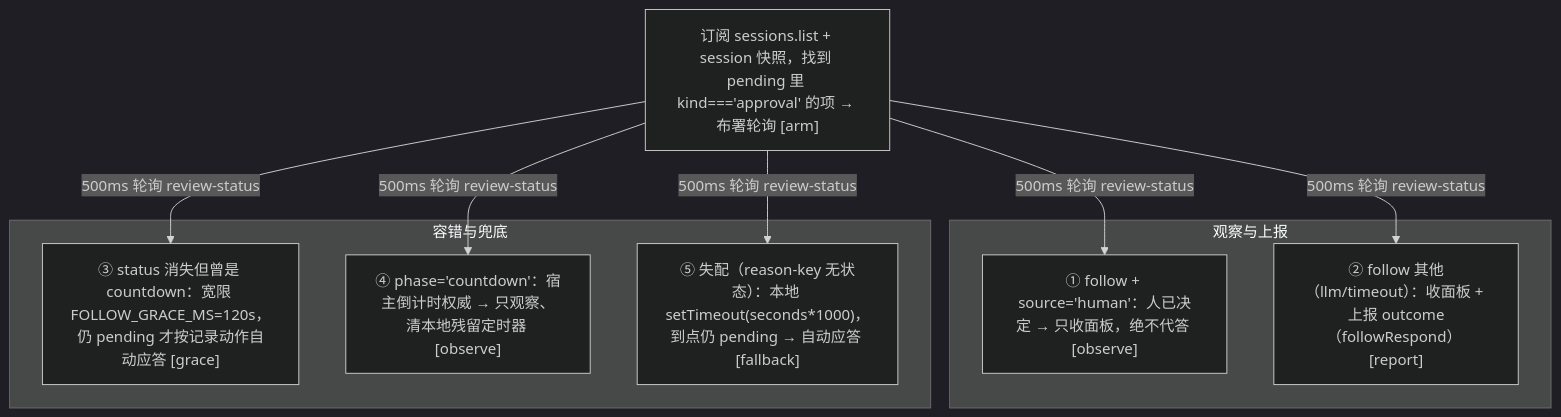
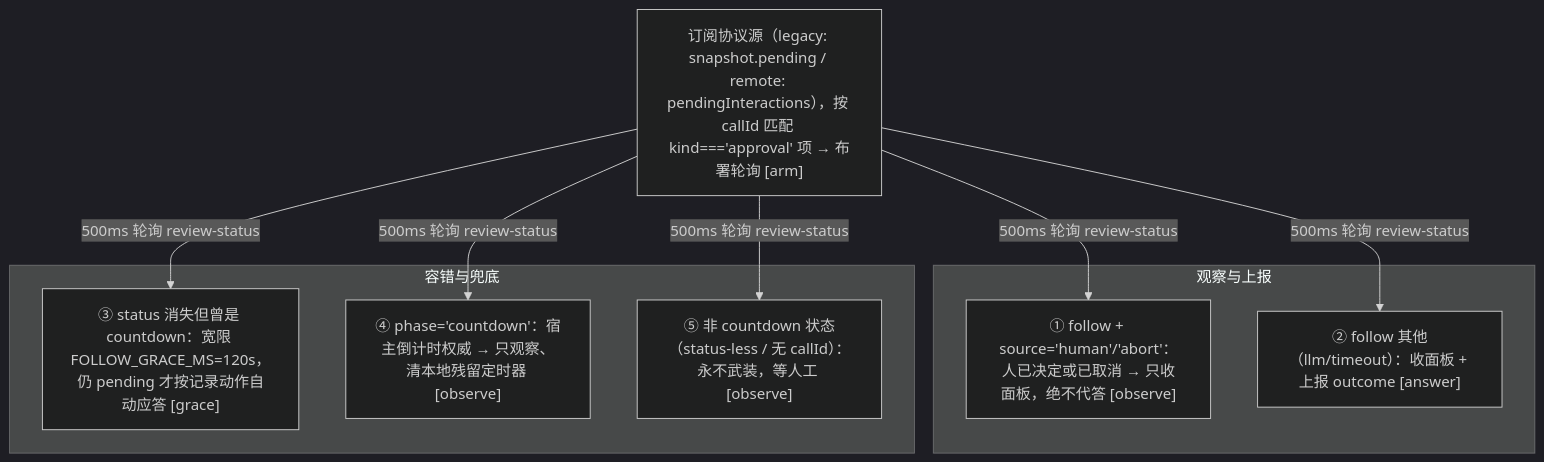
Before and after one commit to cuddly-guacamole/dsh-auto-approval-llm: the diagram in docs/10-client-ui.md, drawn with Mermaid (dark theme). The commit also changed other lines of this file and 3 other files, not shown here.

First line of the commit message:
docs: sync dual-protocol architecture and test counts for 0.0.12

````diff
--- a/docs/10-client-ui.md
+++ b/docs/10-client-ui.md
@@ -23,18 +23,18 @@
 ```mermaid
 flowchart TD
-    A["订阅 sessions.list + session 快照，找到 pending 里 kind==='approval' 的项 → 布署轮询 [arm]"]
-    A -->|500ms 轮询 review-status| B1["① follow + source='human'：人已决定 → 只收面板，绝不代答 [observe]"]
-    A -->|500ms 轮询 review-status| B2["② follow 其他（llm/timeout）：收面板 + 上报 outcome（followRespond） [report]"]
+    A["订阅协议源（legacy: snapshot.pending / remote: pendingInteractions），按 callId 匹配 kind==='approval' 项 → 布署轮询 [arm]"]
+    A -->|500ms 轮询 review-status| B1["① follow + source='human'/'abort'：人已决定或已取消 → 只收面板，绝不代答 [observe]"]
+    A -->|500ms 轮询 review-status| B2["② follow 其他（llm/timeout）：收面板 + 上报 outcome [answer]"]
     A -->|500ms 轮询 review-status| B3["③ status 消失但曾是 countdown：宽限 FOLLOW_GRACE_MS=120s，仍 pending 才按记录动作自动应答 [grace]"]
     A -->|500ms 轮询 review-status| B4["④ phase='countdown'：宿主倒计时权威 → 只观察、清本地残留定时器 [observe]"]
-    A -->|500ms 轮询 review-status| B5["⑤ 失配（reason-key 无状态）：本地 setTimeout(seconds*1000)，到点仍 pending → 自动应答 [fallback]"]
+    A -->|500ms 轮询 review-status| B5["⑤ 非 countdown 状态（status-less / 无 callId）：永不武装，等人工 [observe]"]
     subgraph GR1["观察与上报"]
         B1
         B2
     end
     subgraph GR2["容错与兜底"]
         B3
         B4
         B5
     end
 ```
````
